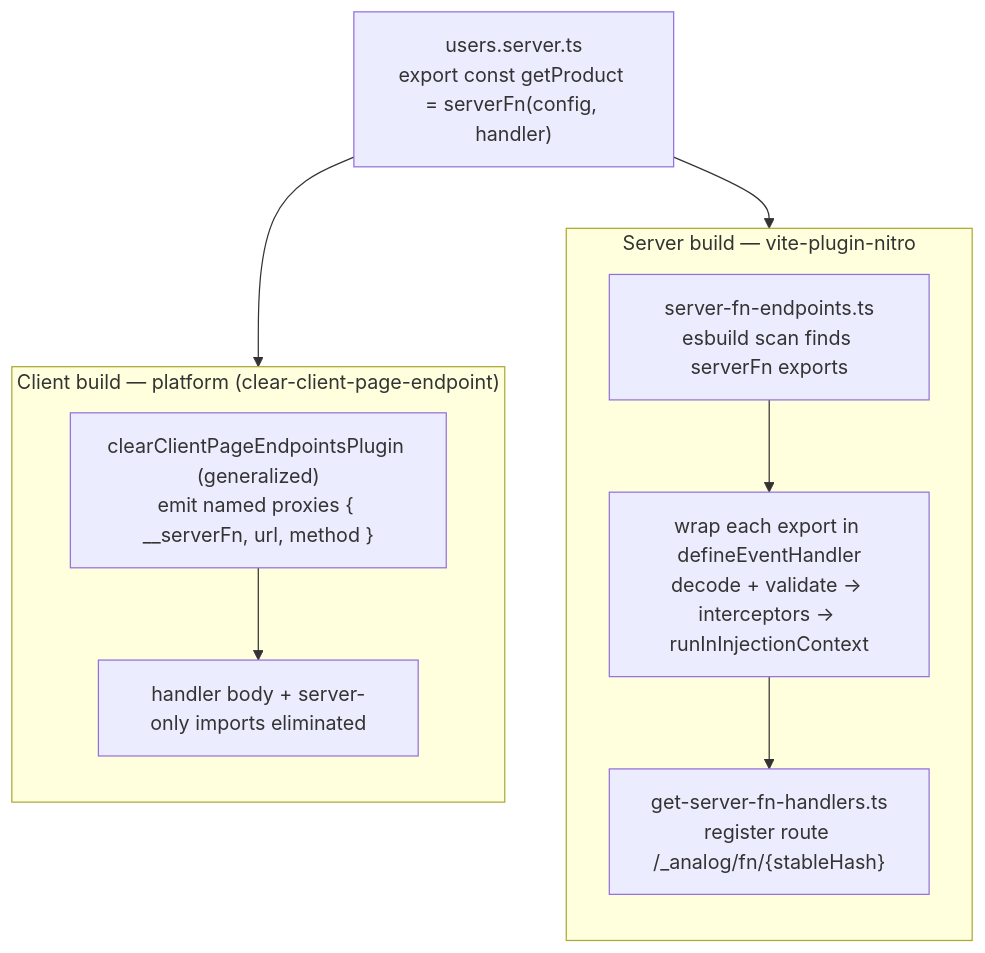
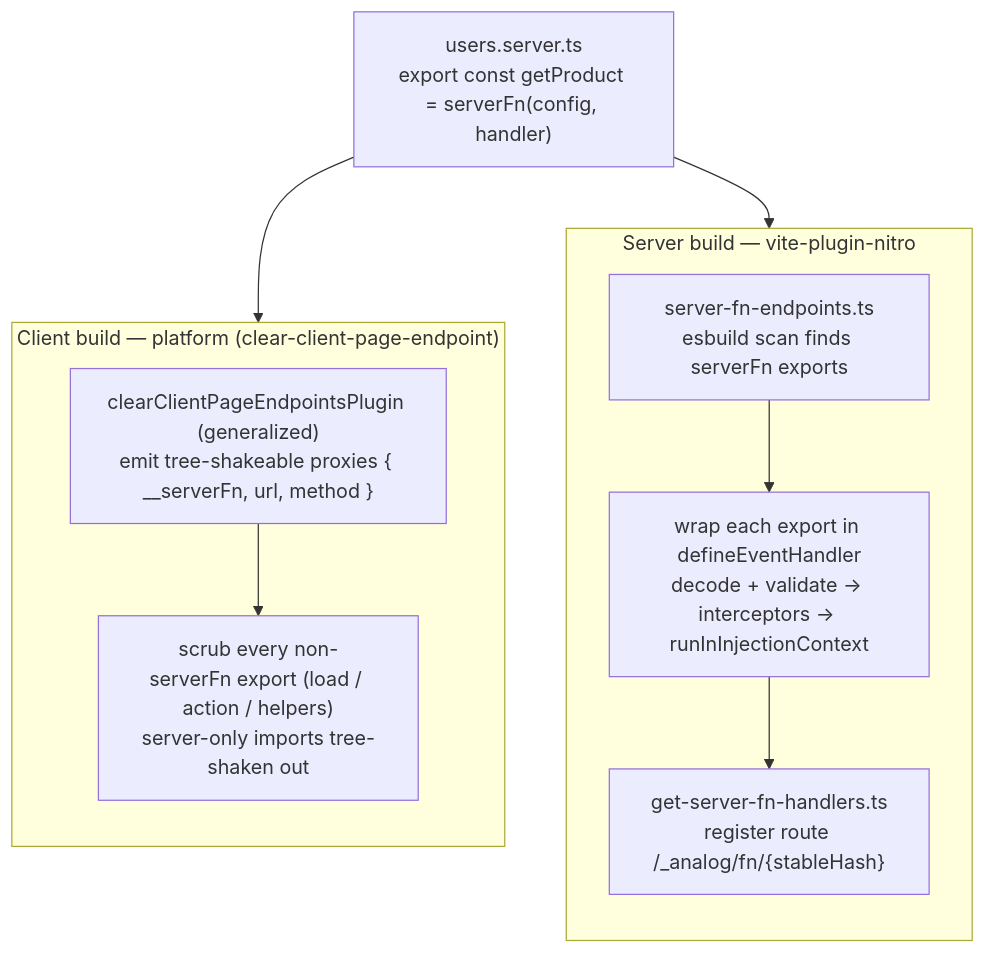
Before and after one commit to analogjs/analog: the first of 2 diagrams in packages/router/server/RFC-server-functions.md, drawn with Mermaid. The commit also changed other lines of this file, not shown here.

First line of the commit message:
docs(router): scrub-and-treeshake client server exports, allow serverFn in existing .server files

````diff
--- a/packages/router/server/RFC-server-functions.md
+++ b/packages/router/server/RFC-server-functions.md
@@ -367,22 +371,22 @@
 ```mermaid
 flowchart TB
   src["users.server.ts<br/>export const getProduct = serverFn(config, handler)"]
 
   subgraph serverGraph["Server build — vite-plugin-nitro"]
     direction TB
     scan["server-fn-endpoints.ts<br/>esbuild scan finds serverFn exports"]
     wrap["wrap each export in defineEventHandler<br/>decode + validate → interceptors → runInInjectionContext"]
     reg["get-server-fn-handlers.ts<br/>register route /_analog/fn/{stableHash}"]
     scan --> wrap --> reg
   end
 
   subgraph clientGraph["Client build — platform (clear-client-page-endpoint)"]
     direction TB
-    proxy["clearClientPageEndpointsPlugin (generalized)<br/>emit named proxies { __serverFn, url, method }"]
-    elim["handler body + server-only imports eliminated"]
+    proxy["clearClientPageEndpointsPlugin (generalized)<br/>emit tree-shakeable proxies { __serverFn, url, method }"]
+    elim["scrub every non-serverFn export (load / action / helpers)<br/>server-only imports tree-shaken out"]
     proxy --> elim
   end
 
   src --> scan
   src --> proxy
 ```
````
